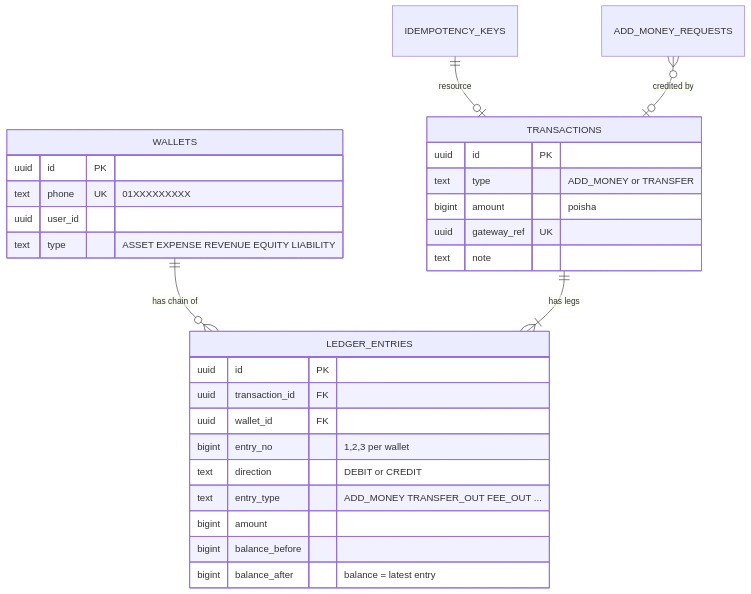
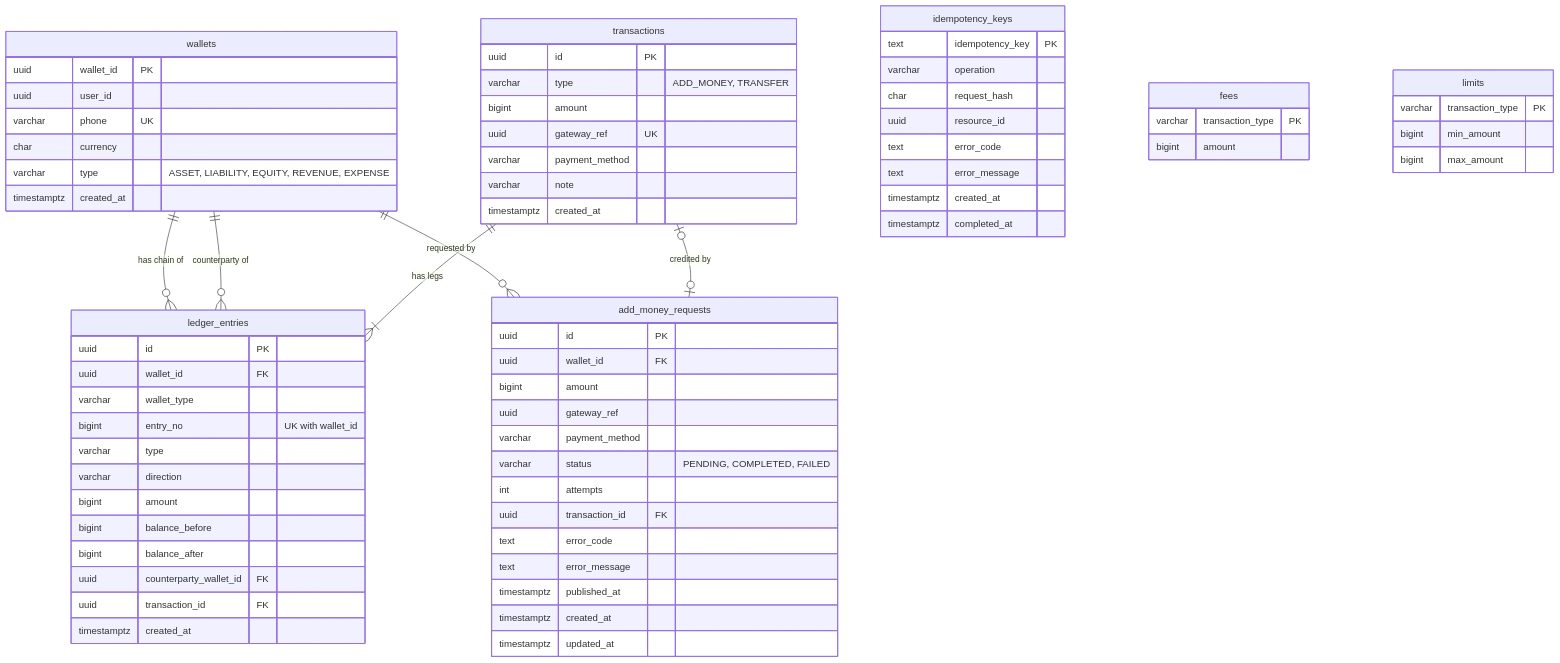
Before and after one commit to nadimnesar/mini-wallet-service: the third of 9 diagrams in README.md, drawn with Mermaid. The commit also changed other lines of this file, not shown here.

First line of the commit message:
docs(readme): rewrite intro and API sections, add diagrams and assumptions

````diff
--- a/README.md
+++ b/README.md
@@ -157,31 +166,74 @@
 ```mermaid
 erDiagram
-    WALLETS ||--o{ LEDGER_ENTRIES : "has chain of"
-    TRANSACTIONS ||--|{ LEDGER_ENTRIES : "has legs"
-    WALLETS {
+    wallets ||--o{ ledger_entries: "has chain of"
+    wallets ||--o{ ledger_entries: "counterparty of"
+    transactions ||--|{ ledger_entries: "has legs"
+    wallets ||--o{ add_money_requests: "requested by"
+    transactions |o--o| add_money_requests: "credited by"
+
+    wallets {
+        uuid wallet_id PK
+        uuid user_id
+        varchar phone UK
+        char currency
+        varchar type "ASSET, LIABILITY, EQUITY, REVENUE, EXPENSE"
+        timestamptz created_at
+    }
+    transactions {
         uuid id PK
-        text phone UK "01XXXXXXXXX"
-        uuid user_id
-        text type "ASSET EXPENSE REVENUE EQUITY LIABILITY"
+        varchar type "ADD_MONEY, TRANSFER"
+        bigint amount
+        uuid gateway_ref UK
+        varchar payment_method
+        varchar note
+        timestamptz created_at
     }
-    TRANSACTIONS {
+    ledger_entries {
         uuid id PK
-        text type "ADD_MONEY or TRANSFER"
-        bigint amount "poisha"
-        uuid gateway_ref UK
-        text note
-    }
-    LEDGER_ENTRIES {
-        uuid id PK
-        uuid transaction_id FK
         uuid wallet_id FK
-        bigint entry_no "1,2,3 per wallet"
-        text direction "DEBIT or CREDIT"
-        text entry_type "ADD_MONEY TRANSFER_OUT FEE_OUT ..."
+        varchar wallet_type
+        bigint entry_no "UK with wallet_id"
+        varchar type
+        varchar direction
         bigint amount
         bigint balance_before
-        bigint balance_after "balance = latest entry"
+        bigint balance_after
+        uuid counterparty_wallet_id FK
+        uuid transaction_id FK
+        timestamptz created_at
     }
-    IDEMPOTENCY_KEYS ||--o| TRANSACTIONS : "resource"
-    ADD_MONEY_REQUESTS }o--o| TRANSACTIONS : "credited by"
+    add_money_requests {
+        uuid id PK
+        uuid wallet_id FK
+        bigint amount
+        uuid gateway_ref
+        varchar payment_method
+        varchar status "PENDING, COMPLETED, FAILED"
+        int attempts
+        uuid transaction_id FK
+        text error_code
+        text error_message
+        timestamptz published_at
+        timestamptz created_at
+        timestamptz updated_at
+    }
+    idempotency_keys {
+        text idempotency_key PK
+        varchar operation
+        char request_hash
+        uuid resource_id
+        text error_code
+        text error_message
+        timestamptz created_at
+        timestamptz completed_at
+    }
+    fees {
+        varchar transaction_type PK
+        bigint amount
+    }
+    limits {
+        varchar transaction_type PK
+        bigint min_amount
+        bigint max_amount
+    }
 ```
````
